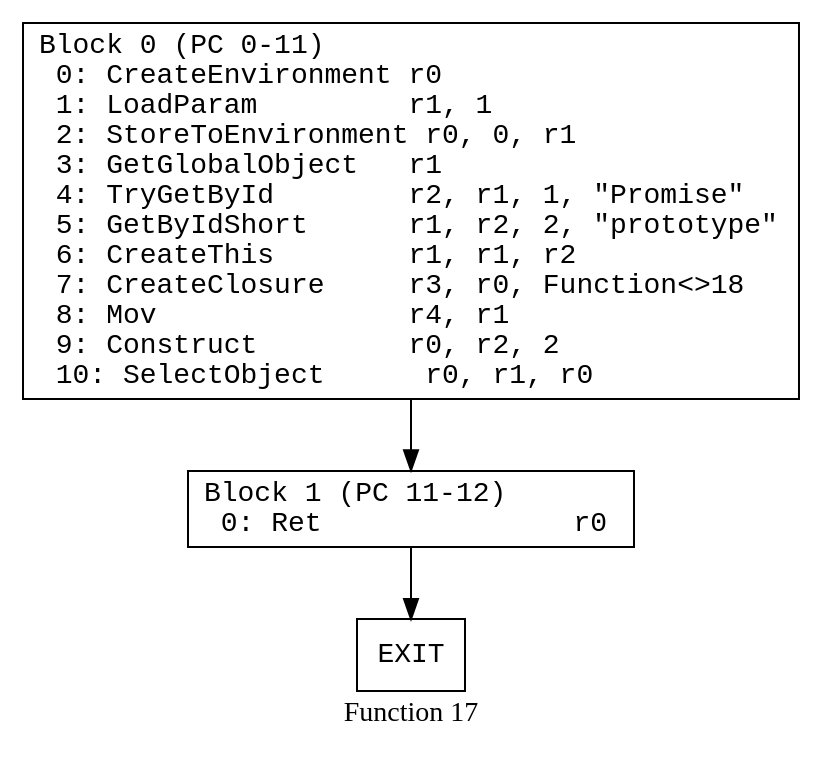
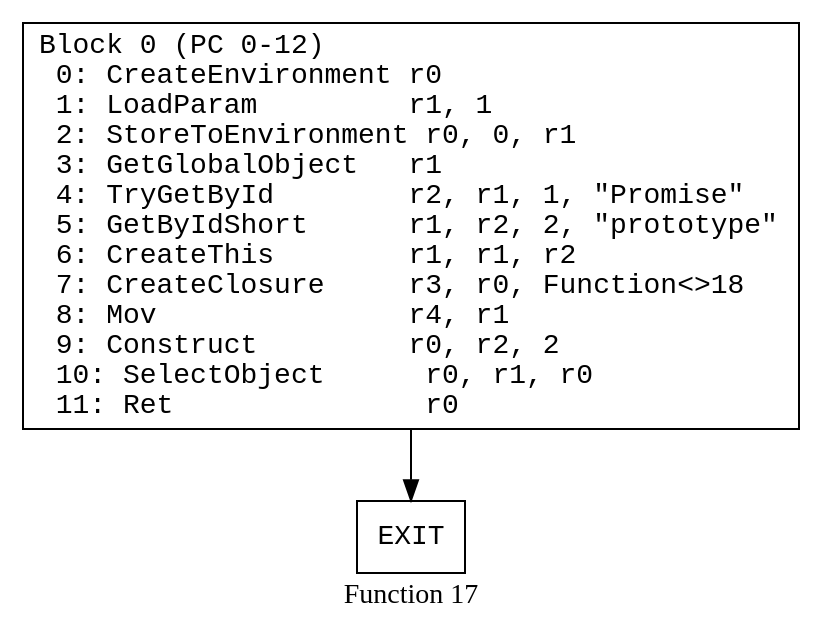
Before and after one commit to kroo/hermes-dec-rs: the diagram in data/individual_pdfs/flow_control_function_17.dot, drawn with Graphviz. The commit also changed 116 other files, not shown here.

```diff
--- a/data/individual_pdfs/flow_control_function_17.dot
+++ b/data/individual_pdfs/flow_control_function_17.dot
@@ -1,18 +1,16 @@
 // Function 17 from flow_control
 // Generated from data/flow_control.dot
 
 digraph {
   rankdir=TB;
   node [shape=box, fontname="monospace"];
 
   label = "Function 17";
   style = filled;
   color = lightgrey;
 
-  f17_n0 [ label = "Block 0 (PC 0-11)\l  0: CreateEnvironment r0\l  1: LoadParam         r1, 1\l  2: StoreToEnvironment r0, 0, r1\l  3: GetGlobalObject   r1\l  4: TryGetById        r2, r1, 1, \"Promise\"\l  5: GetByIdShort      r1, r2, 2, \"prototype\"\l  6: CreateThis        r1, r1, r2\l  7: CreateClosure     r3, r0, Function<>18\l  8: Mov               r4, r1\l  9: Construct         r0, r2, 2\l  10: SelectObject      r0, r1, r0\l" ]
-  f17_n1 [ label = "Block 1 (PC 11-12)\l  0: Ret               r0\l" ]
-  f17_n2 [ label = "EXIT" ]
+  f17_n0 [ label = "Block 0 (PC 0-12)\l  0: CreateEnvironment r0\l  1: LoadParam         r1, 1\l  2: StoreToEnvironment r0, 0, r1\l  3: GetGlobalObject   r1\l  4: TryGetById        r2, r1, 1, \"Promise\"\l  5: GetByIdShort      r1, r2, 2, \"prototype\"\l  6: CreateThis        r1, r1, r2\l  7: CreateClosure     r3, r0, Function<>18\l  8: Mov               r4, r1\l  9: Construct         r0, r2, 2\l  10: SelectObject      r0, r1, r0\l  11: Ret               r0\l" ]
+  f17_n1 [ label = "EXIT" ]
 
   f17_n0 -> f17_n1
-  f17_n1 -> f17_n2
 }
```
